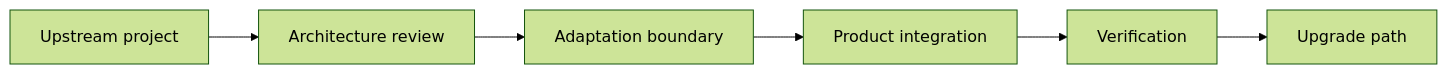
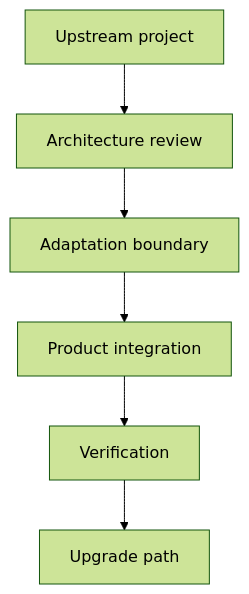
The diagram in README.md (J0UH/technology-adaptation), drawn with Mermaid (forest theme) before and after one commit.

Commit message:
docs: build visual project portfolio

````diff
--- a/README.md
+++ b/README.md
@@ -26,14 +26,14 @@
 ```mermaid
-flowchart LR
+flowchart TD
     n0["Upstream project"]
     n1["Architecture review"]
     n2["Adaptation boundary"]
     n3["Product integration"]
     n4["Verification"]
     n5["Upgrade path"]
     n0 --> n1
     n1 --> n2
     n2 --> n3
     n3 --> n4
     n4 --> n5
 ```
````
